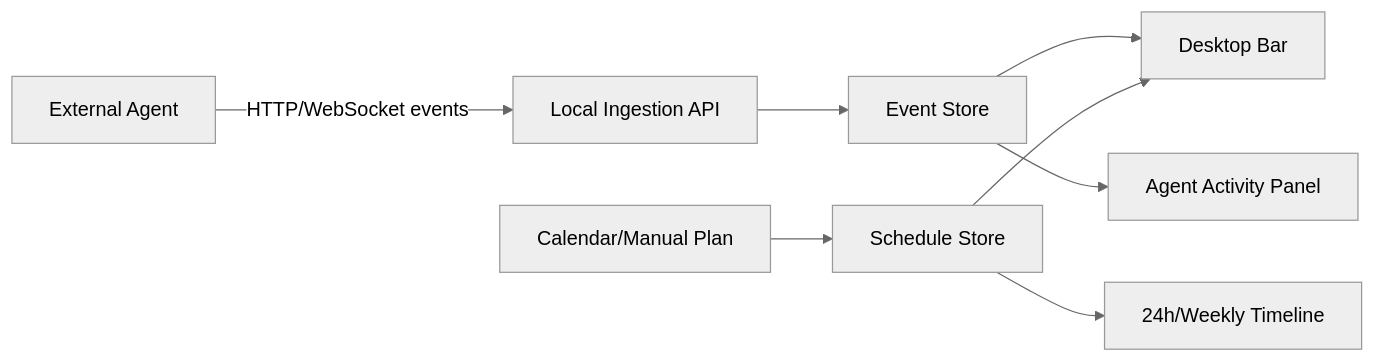
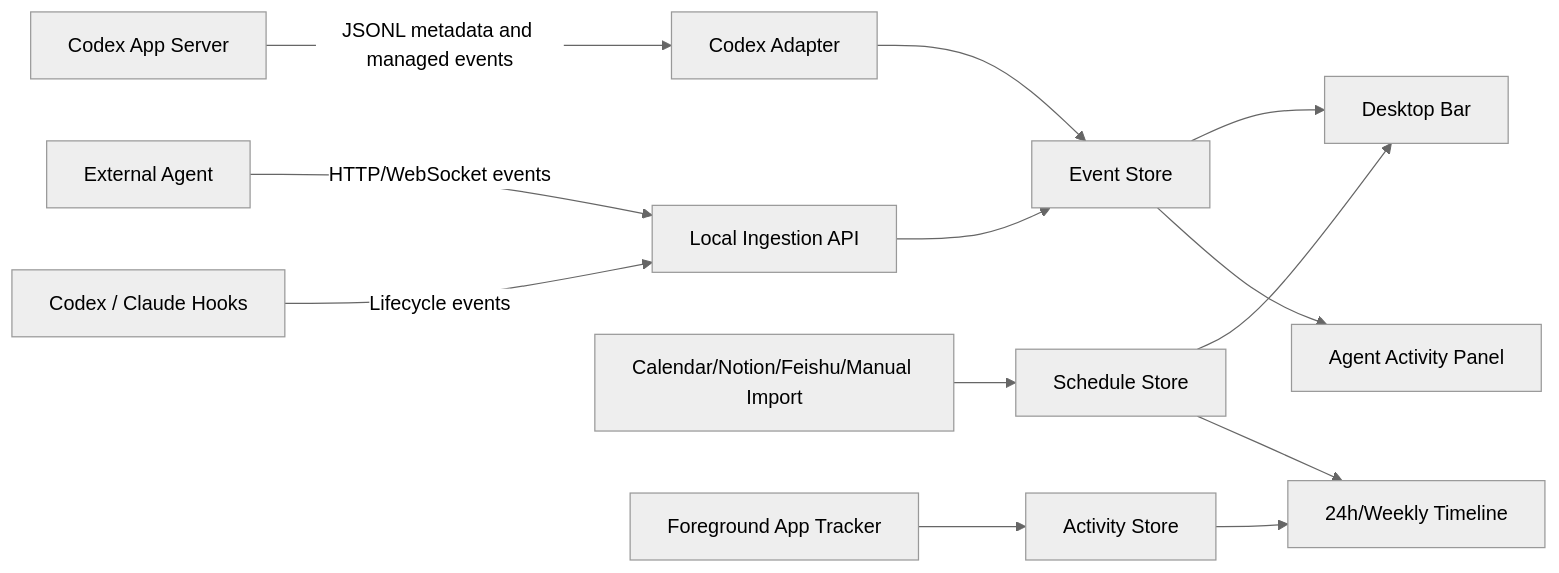
The diagram in docs/architecture-sketch.md (liweichao-coder/agent-bar), drawn with Mermaid (neutral theme) before and after one commit. The commit also changed other lines of this file and 128 other files, not shown here.

````diff
--- a/docs/architecture-sketch.md
+++ b/docs/architecture-sketch.md
@@ -69,10 +98,15 @@
 ```mermaid
 flowchart LR
   Agent["External Agent"] -->|HTTP/WebSocket events| Ingest["Local Ingestion API"]
-  Calendar["Calendar/Manual Plan"] --> Schedule["Schedule Store"]
+  Codex["Codex App Server"] -->|JSONL metadata and managed events| CodexAdapter["Codex Adapter"]
+  Hooks["Codex / Claude Hooks"] -->|Lifecycle events| Ingest
+  Calendar["Calendar/Notion/Feishu/Manual Import"] --> Schedule["Schedule Store"]
+  Tracker["Foreground App Tracker"] --> Activity["Activity Store"]
+  CodexAdapter --> EventStore
   Ingest --> EventStore["Event Store"]
   EventStore --> Bar["Desktop Bar"]
   Schedule --> Bar
+  Activity --> Timeline["24h/Weekly Timeline"]
   EventStore --> AgentPanel["Agent Activity Panel"]
   Schedule --> Timeline["24h/Weekly Timeline"]
 ```
````
